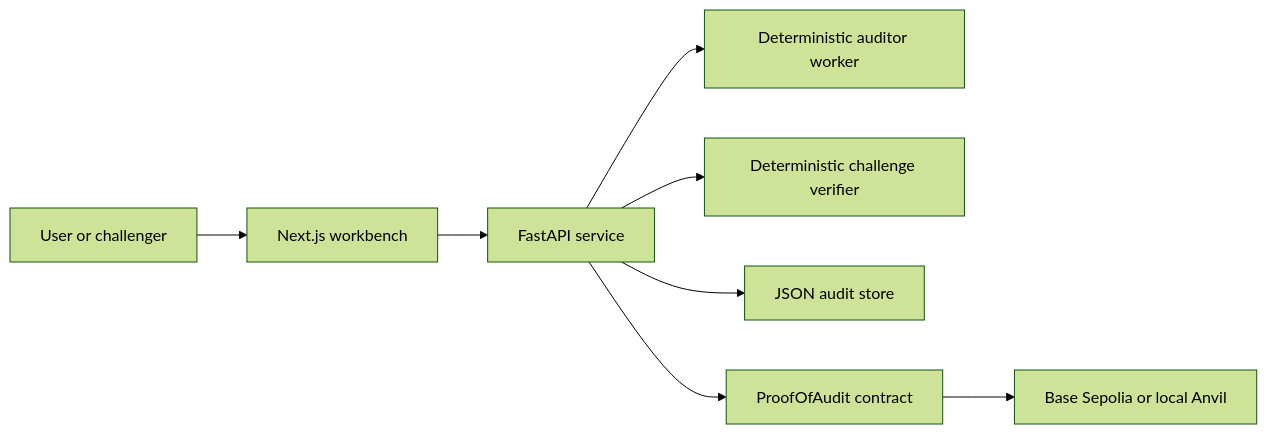
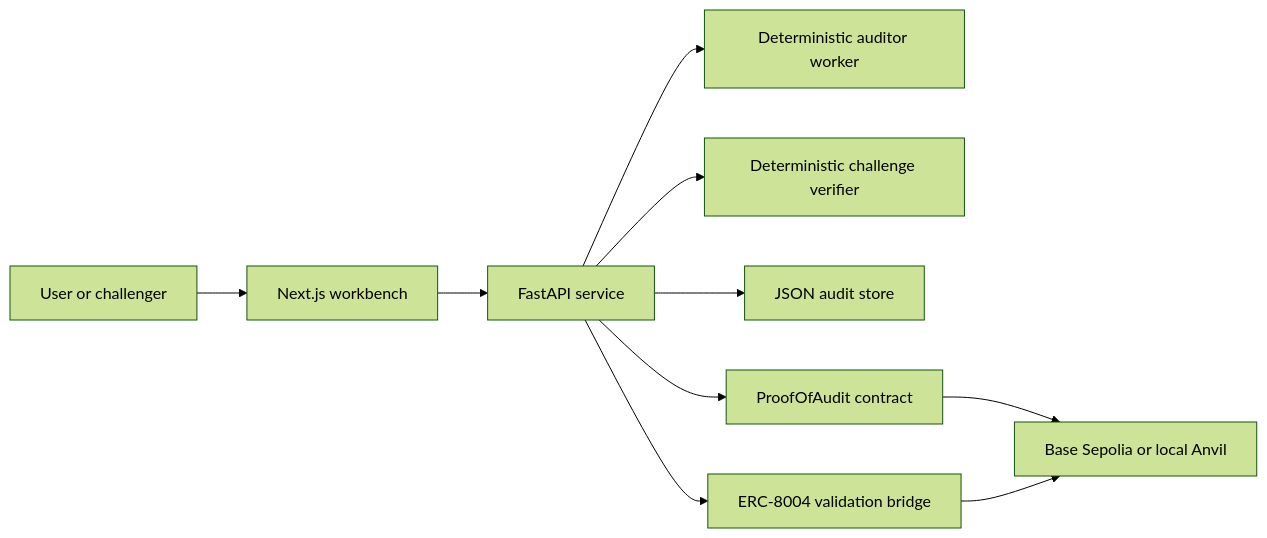
The diagram in docs/ARCHITECTURE.md (akoita/proof-of-audit), drawn with Mermaid (forest theme) before and after one commit. The commit also changed other lines of this file and 22 other files, not shown here.

Commit message:
feat: add erc8004 validation bridge trail

````diff
--- a/docs/ARCHITECTURE.md
+++ b/docs/ARCHITECTURE.md
@@ -7,10 +7,12 @@
 ```mermaid
 flowchart LR
     User["User or challenger"] --> Web["Next.js workbench"]
     Web --> API["FastAPI service"]
     API --> Worker["Deterministic auditor worker"]
     API --> Verifier["Deterministic challenge verifier"]
     API --> Store["JSON audit store"]
     API --> Contract["ProofOfAudit contract"]
+    API --> Validation["ERC-8004 validation bridge"]
     Contract --> Base["Base Sepolia or local Anvil"]
+    Validation --> Base
 ```
````
